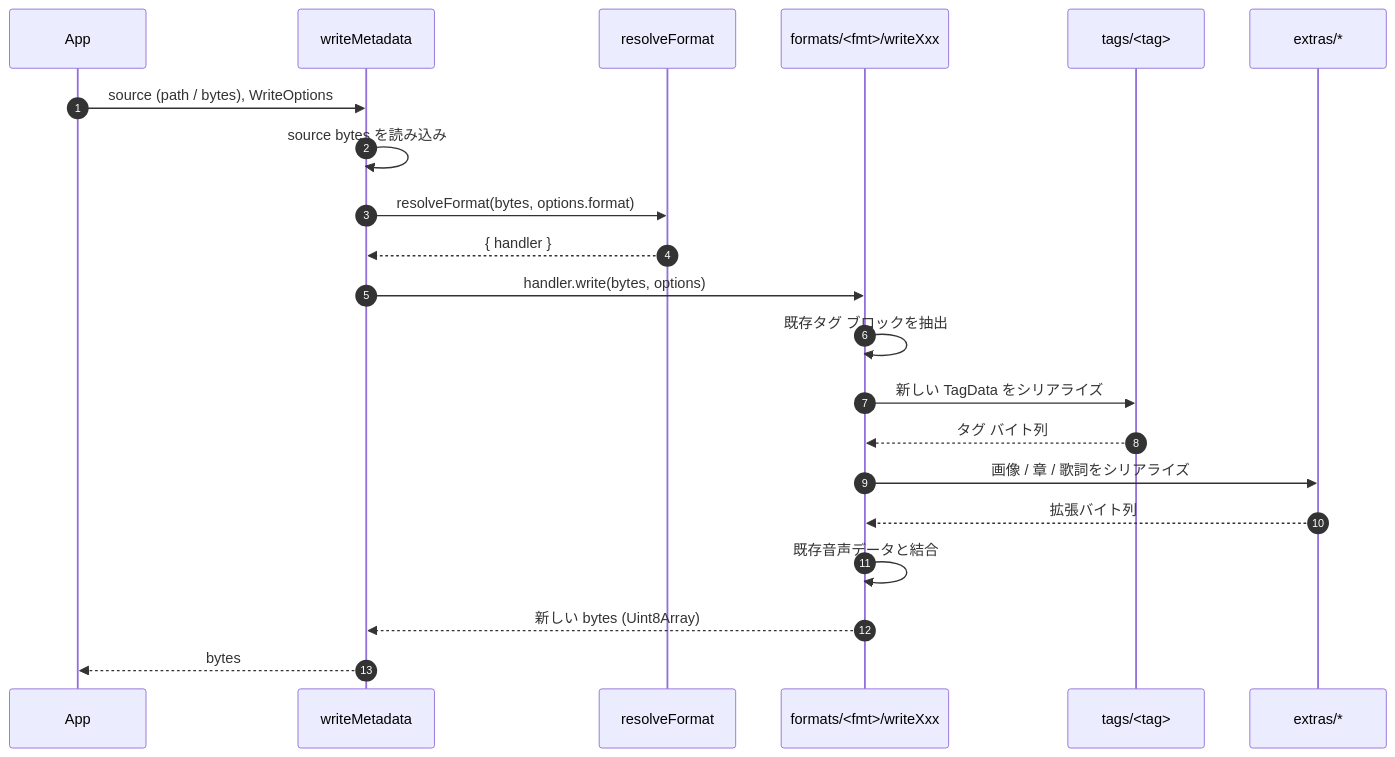
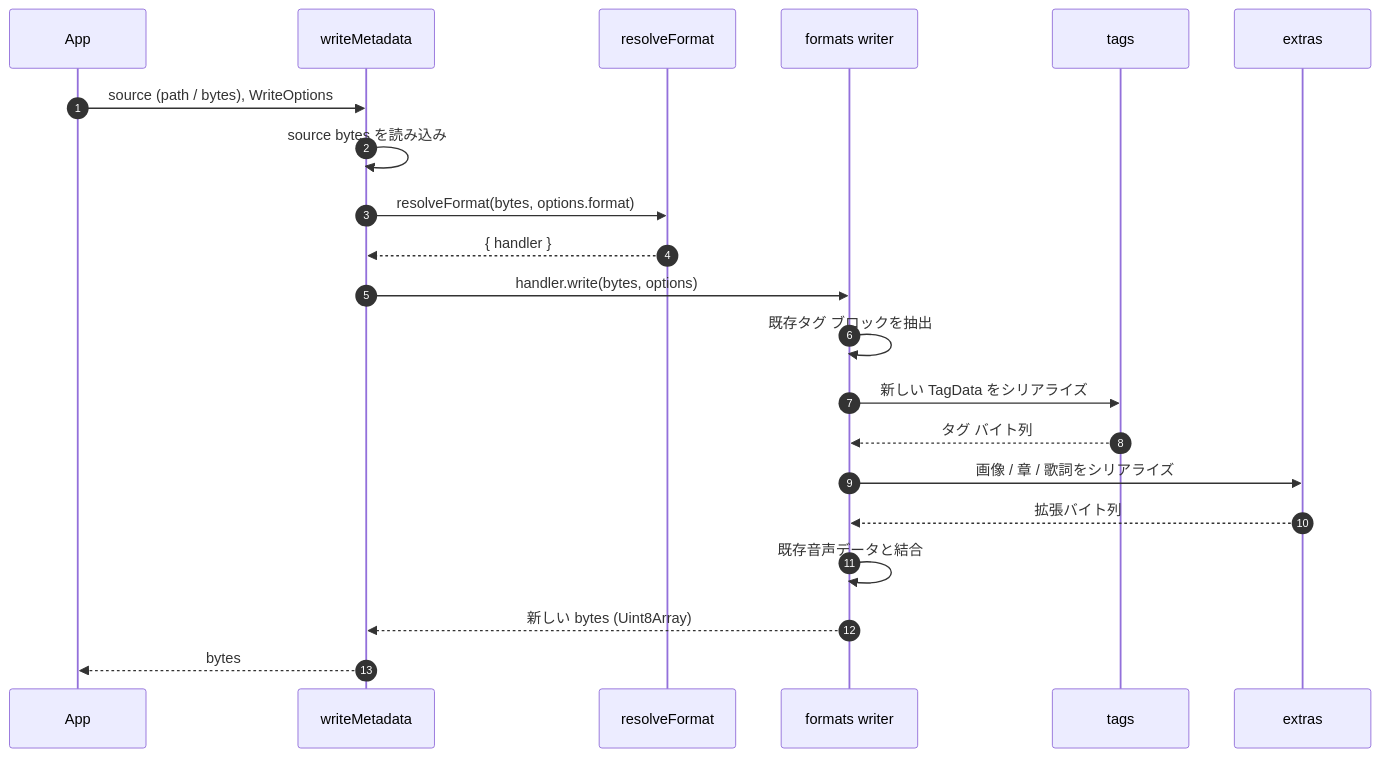
One commit to akabekobeko/npm-music-metadata-editor changed the fifth of 5 diagrams in docs/pkg/core/architecture.md. Above: the diagram before and after it, drawn with Mermaid. The commit also changed other lines of this file and 2 other files, not shown here.

First line of the commit message:
docs(multiple): fix mermaid diagram rendering on GitHub (#33)

````diff
--- a/docs/pkg/core/architecture.md
+++ b/docs/pkg/core/architecture.md
@@ -208,24 +185,24 @@
 ```mermaid
 sequenceDiagram
     autonumber
     participant App
     participant API as writeMetadata
     participant Resolve as resolveFormat
-    participant Writer as formats/<fmt>/writeXxx
-    participant Tag as tags/<tag>
-    participant Extras as extras/*
+    participant Writer as formats writer
+    participant Tag as tags
+    participant Extras as extras
 
     App->>API: source (path / bytes), WriteOptions
     API->>API: source bytes を読み込み
     API->>Resolve: resolveFormat(bytes, options.format)
     Resolve-->>API: { handler }
     API->>Writer: handler.write(bytes, options)
     Writer->>Writer: 既存タグ ブロックを抽出
     Writer->>Tag: 新しい TagData をシリアライズ
     Tag-->>Writer: タグ バイト列
     Writer->>Extras: 画像 / 章 / 歌詞をシリアライズ
     Extras-->>Writer: 拡張バイト列
     Writer->>Writer: 既存音声データと結合
     Writer-->>API: 新しい bytes (Uint8Array)
     API-->>App: bytes
 ```
````
